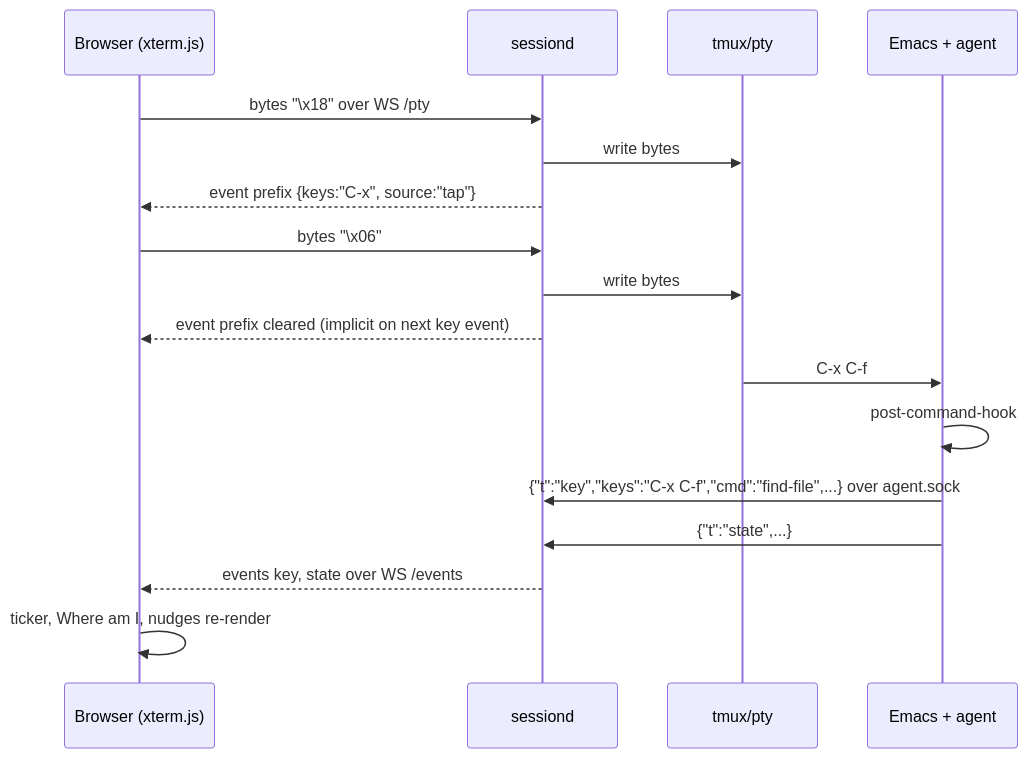
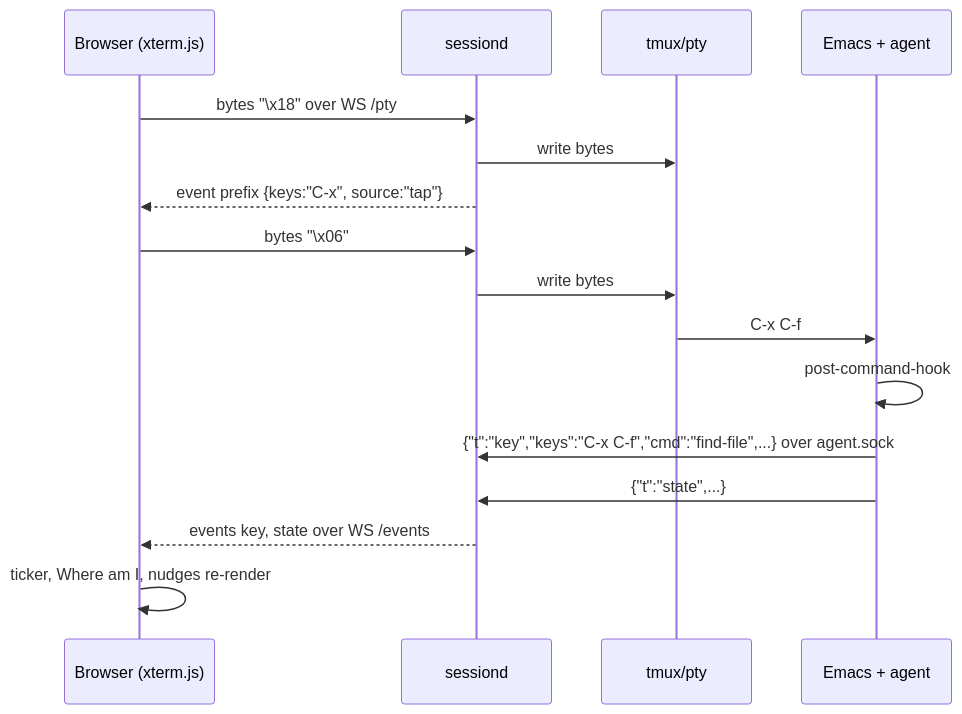
One commit to floatshadow/emacs-playground changed the second of 3 diagrams in docs/architecture.md. Above: the diagram before and after it, drawn with Mermaid. The commit also changed other lines of this file and 15 other files, not shown here.

````diff
--- a/docs/architecture.md
+++ b/docs/architecture.md
@@ -70,19 +70,18 @@
 ```mermaid
 sequenceDiagram
   participant B as Browser (xterm.js)
   participant S as sessiond
   participant T as tmux/pty
   participant E as Emacs + agent
   B->>S: bytes "\x18" over WS /pty
   S->>T: write bytes
   S-->>B: event prefix {keys:"C-x", source:"tap"}
   B->>S: bytes "\x06"
   S->>T: write bytes
-  S-->>B: event prefix cleared (implicit on next key event)
   T->>E: C-x C-f
   E->>E: post-command-hook
   E->>S: {"t":"key","keys":"C-x C-f","cmd":"find-file",...} over agent.sock
   E->>S: {"t":"state",...}
   S-->>B: events key, state over WS /events
   B->>B: ticker, Where am I, nudges re-render
 ```
````
